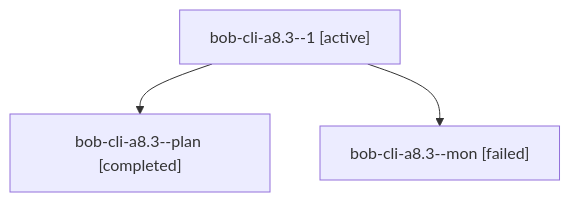
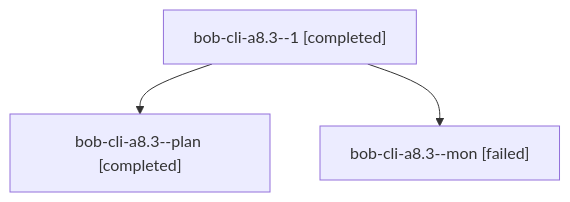
Before and after one commit to bobs-org/bob-cli--agents: the diagram in sessions/bbugyi200.athena.bob-cli-a8.3.md, drawn with Mermaid. The commit also changed other lines of this file and 12 other files, not shown here.

````diff
--- a/sessions/bbugyi200.athena.bob-cli-a8.3.md
+++ b/sessions/bbugyi200.athena.bob-cli-a8.3.md
@@ -9,8 +9,8 @@
 ```mermaid
 flowchart TD
-  n0["bob-cli-a8.3--1 [active]"]
+  n0["bob-cli-a8.3--1 [completed]"]
   n1["bob-cli-a8.3--plan [completed]"]
   n0 --> n1
   n2["bob-cli-a8.3--mon [failed]"]
   n0 --> n2
 ```
````
